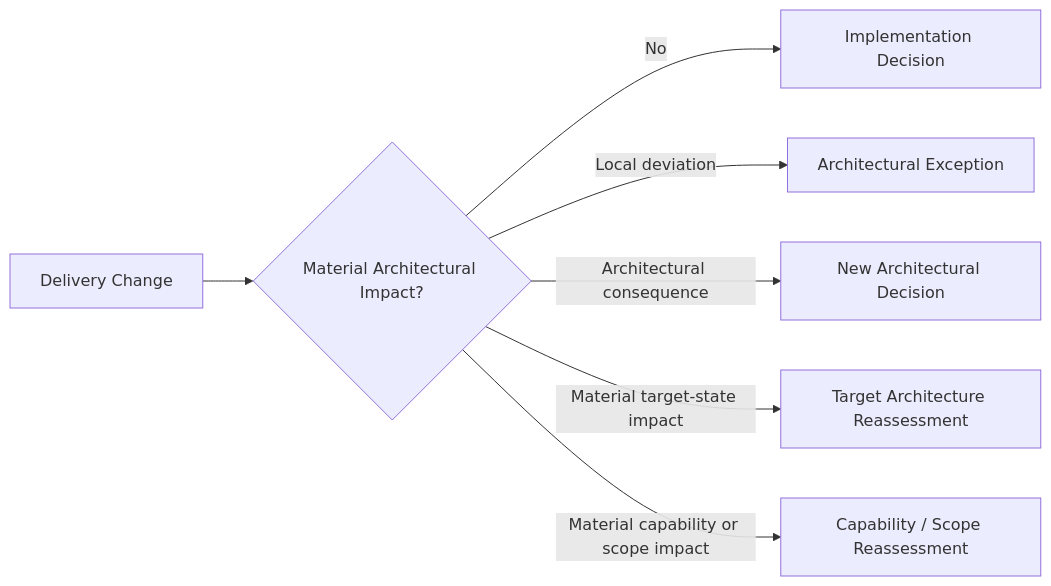
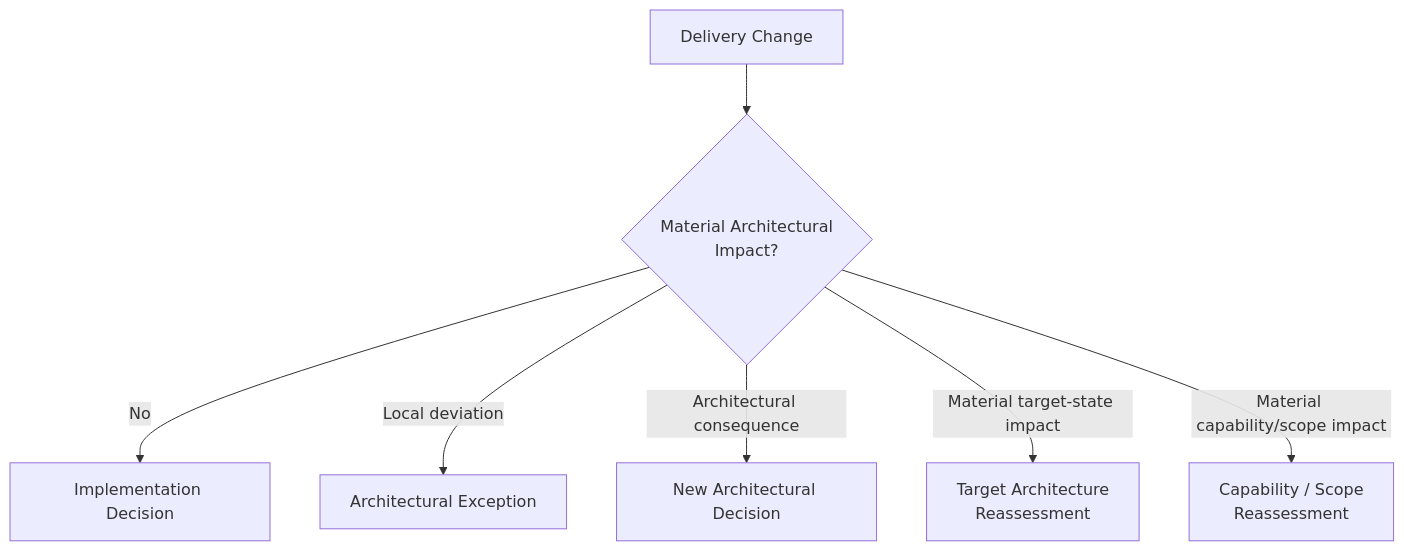
One commit to avfranco-br/portfolio changed the fifth of 11 diagrams in docs/sop/04-delivery-enablement.md. Above: the diagram before and after it, drawn with Mermaid. The commit also changed other lines of this file and 10 other files, not shown here.

Commit message:
Refactor Mermaid diagrams across SOP and methods documentation for legibility

````diff
--- a/docs/sop/04-delivery-enablement.md
+++ b/docs/sop/04-delivery-enablement.md
@@ -752,16 +761,9 @@
 ```mermaid
-flowchart LR
-    A["Delivery Change"]
-    B{"Material Architectural Impact?"}
-    C["Implementation Decision"]
-    D["Architectural Exception"]
-    E["New Architectural Decision"]
-    F["Target Architecture Reassessment"]
-    G["Capability / Scope Reassessment"]
-    A --> B
-    B -->|"No"| C
-    B -->|"Local deviation"| D
-    B -->|"Architectural consequence"| E
-    B -->|"Material target-state impact"| F
-    B -->|"Material capability or scope impact"| G
+flowchart TD
+    A["Delivery Change"] --> B{"Material Architectural<br/>Impact?"}
+    B -->|"No"| C["Implementation Decision"]
+    B -->|"Local deviation"| D["Architectural Exception"]
+    B -->|"Architectural consequence"| E["New Architectural Decision"]
+    B -->|"Material target-state impact"| F["Target Architecture<br/>Reassessment"]
+    B -->|"Material capability/scope impact"| G["Capability / Scope<br/>Reassessment"]
 ```
````
